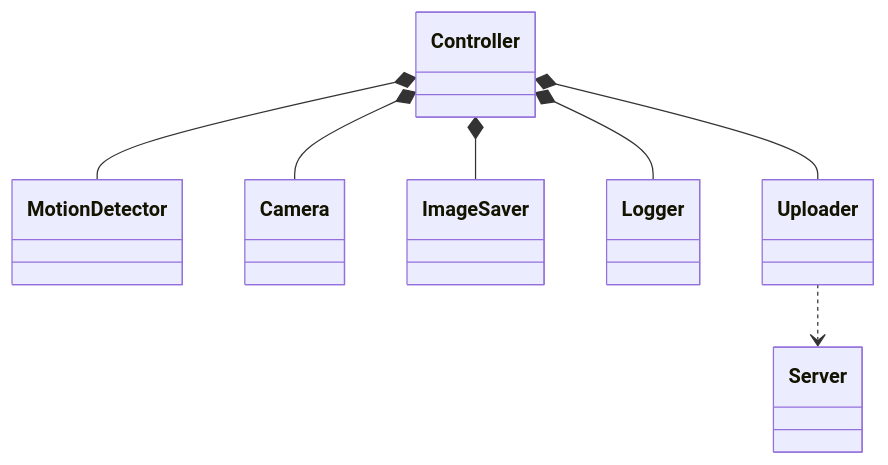
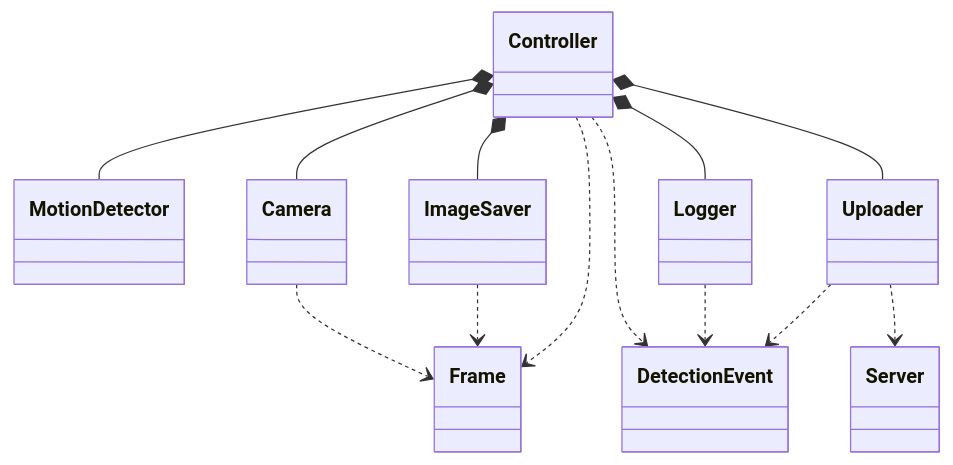
One commit to tfilewic/birdcam changed the first of 2 diagrams in design.md. Above: the diagram before and after it, drawn with Mermaid. The commit also changed other lines of this file, not shown here.

````diff
--- a/design.md
+++ b/design.md
@@ -2,21 +2,33 @@
 ```mermaid
 classDiagram
 
     class Controller
     class MotionDetector
     class Camera
     class ImageSaver
     class Logger
     class Uploader
     class Server
+    class Frame
+    class DetectionEvent
 
-    %% Composition (filled diamond in UML)
+    %% Composition
     Controller *-- MotionDetector
     Controller *-- Camera
     Controller *-- ImageSaver
     Controller *-- Logger
     Controller *-- Uploader
 
-    %% Dependency (dashed arrow)
+    %% Data flow / usage
+    Camera ..> Frame
+    ImageSaver ..> Frame
+    Controller ..> Frame
+    Controller ..> DetectionEvent
+    Logger ..> DetectionEvent
+    Uploader ..> DetectionEvent
+
+    %% Dependency
     Uploader ..> Server
+
+
 ```
````
